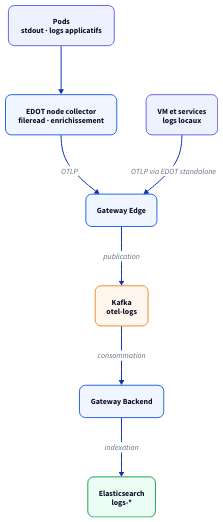
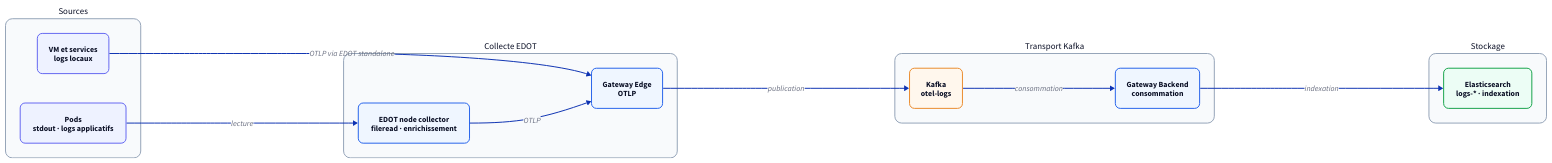
Before and after one commit to elkouhen/systemlens-observability-lab: the diagram in architecture/slides/diagrams/logs.d2, drawn with D2. The commit also changed 31 other files, not shown here.

Commit message:
Route observability through Edge collector

```diff
--- a/architecture/slides/diagrams/logs.d2
+++ b/architecture/slides/diagrams/logs.d2
@@ -1,22 +1,47 @@
-direction: down
+direction: right
+
 classes: {
-  source: {style.fill: "#eef2ff"; style.stroke: "#6366f1"; style.border-radius: 12}
-  gateway: {style.fill: "#eff6ff"; style.stroke: "#2563eb"; style.border-radius: 12}
-  transport: {style.fill: "#fff7ed"; style.stroke: "#ea8b2d"; style.border-radius: 12}
-  store: {style.fill: "#ecfdf5"; style.stroke: "#16a34a"; style.border-radius: 12}
+  lane: {
+    style.fill: "#f8fafc"
+    style.stroke: "#94a3b8"
+    style.border-radius: 14
+    style.font-size: 18
+  }
+  source: {style.fill: "#eef2ff"; style.stroke: "#6366f1"; style.border-radius: 10}
+  gateway: {style.fill: "#eff6ff"; style.stroke: "#2563eb"; style.border-radius: 10}
+  transport: {style.fill: "#fff7ed"; style.stroke: "#ea8b2d"; style.border-radius: 10}
+  store: {style.fill: "#ecfdf5"; style.stroke: "#16a34a"; style.border-radius: 10}
 }
 
-pods: "Pods\nstdout · logs applicatifs" {class: source}
-vm: "VM et services\nlogs locaux" {class: source}
-node: "EDOT node collector\nfileread · enrichissement" {class: gateway}
-edge: "Gateway Edge" {class: gateway}
-kafka: "Kafka\notel-logs" {class: transport}
-backend: "Gateway Backend" {class: gateway}
-elastic: "Elasticsearch\nlogs-*" {class: store}
+sources: "Sources" {
+  class: lane
+  direction: down
+  pods: "Pods\nstdout · logs applicatifs" {class: source}
+  vm: "VM et services\nlogs locaux" {class: source}
+}
 
-pods -> node
-node -> edge: "OTLP"
-vm -> edge: "OTLP via EDOT standalone"
-edge -> kafka: "publication"
-kafka -> backend: "consommation"
-backend -> elastic: "indexation"
+collect: "Collecte EDOT" {
+  class: lane
+  direction: down
+  node: "EDOT node collector\nfileread · enrichissement" {class: gateway}
+  edge: "Gateway Edge\nOTLP" {class: gateway}
+}
+
+transport: "Transport Kafka" {
+  class: lane
+  direction: down
+  kafka: "Kafka\notel-logs" {class: transport}
+  backend: "Gateway Backend\nconsommation" {class: gateway}
+}
+
+storage: "Stockage" {
+  class: lane
+  elastic: "Elasticsearch\nlogs-* · indexation" {class: store}
+}
+
+sources.pods -> collect.node: "lecture"
+sources.vm -> collect.edge: "OTLP via EDOT standalone"
+collect.node -> collect.edge: "OTLP"
+collect.edge -> transport.kafka: "publication"
+transport.kafka -> transport.backend: "consommation"
+transport.backend -> storage.elastic: "indexation"
```
